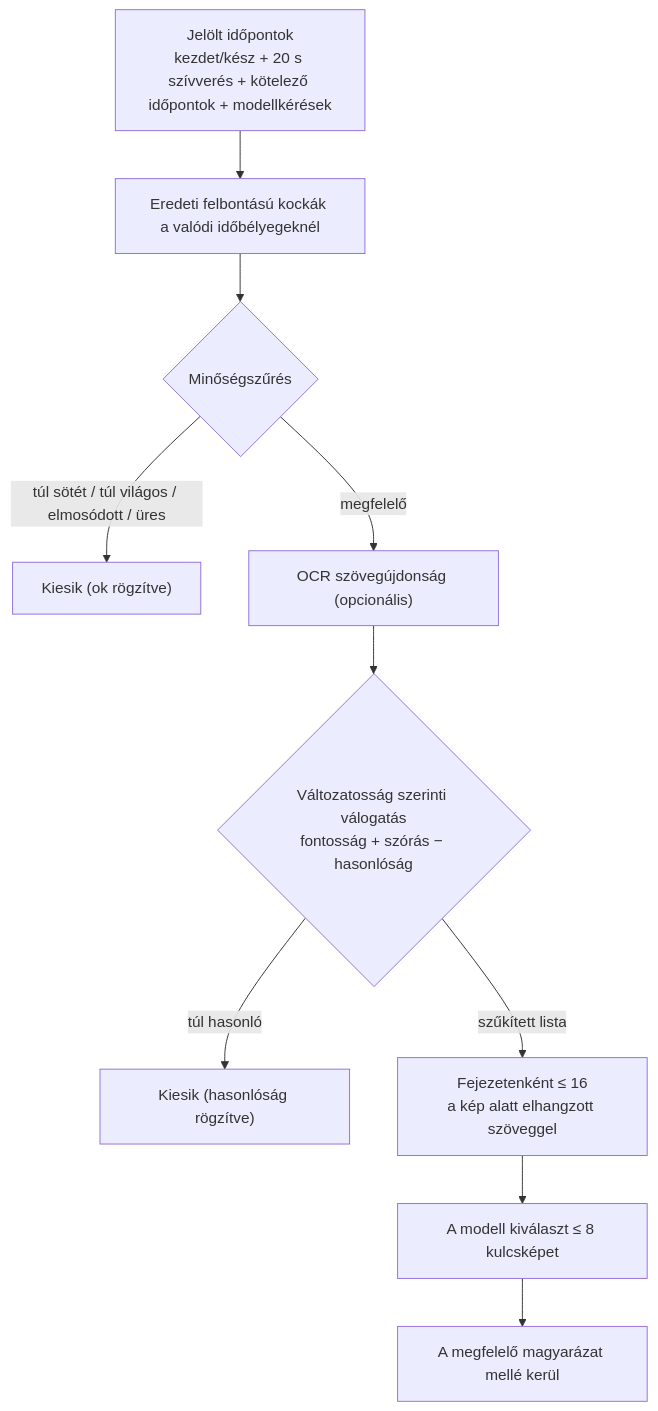
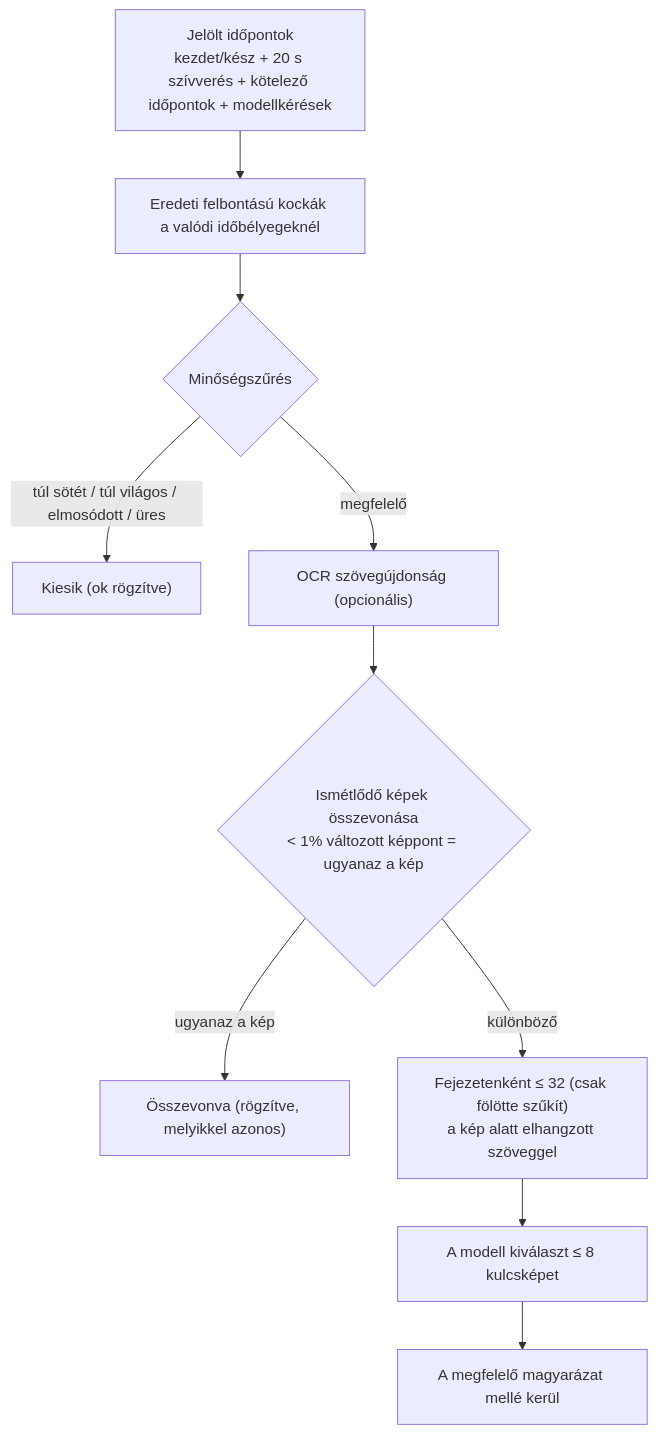
Before and after one commit to songyang8964/video-notes: the fourth of 7 diagrams in README.hu.md, drawn with Mermaid. The commit also changed other lines of this file and 6 other files, not shown here.

````diff
--- a/README.hu.md
+++ b/README.hu.md
@@ -198,12 +198,12 @@
 ```mermaid
 flowchart TD
     A["Jelölt időpontok<br/>kezdet/kész + 20 s szívverés + kötelező időpontok + modellkérések"] --> B["Eredeti felbontású kockák a valódi időbélyegeknél"]
     B --> Q{"Minőségszűrés"}
     Q -- túl sötét / túl világos / elmosódott / üres --> R1["Kiesik (ok rögzítve)"]
     Q -- megfelelő --> O["OCR szövegújdonság (opcionális)"]
-    O --> D{"Változatosság szerinti válogatás<br/>fontosság + szórás − hasonlóság"}
-    D -- túl hasonló --> R2["Kiesik (hasonlóság rögzítve)"]
-    D -- szűkített lista --> SH["Fejezetenként ≤ 16<br/>a kép alatt elhangzott szöveggel"]
+    O --> D{"Ismétlődő képek összevonása<br/>< 1% változott képpont = ugyanaz a kép"}
+    D -- ugyanaz a kép --> R2["Összevonva (rögzítve, melyikkel azonos)"]
+    D -- különböző --> SH["Fejezetenként ≤ 32 (csak fölötte szűkít)<br/>a kép alatt elhangzott szöveggel"]
     SH --> M["A modell kiválaszt ≤ 8 kulcsképet"]
     M --> N["A megfelelő magyarázat mellé kerül"]
 ```
````
